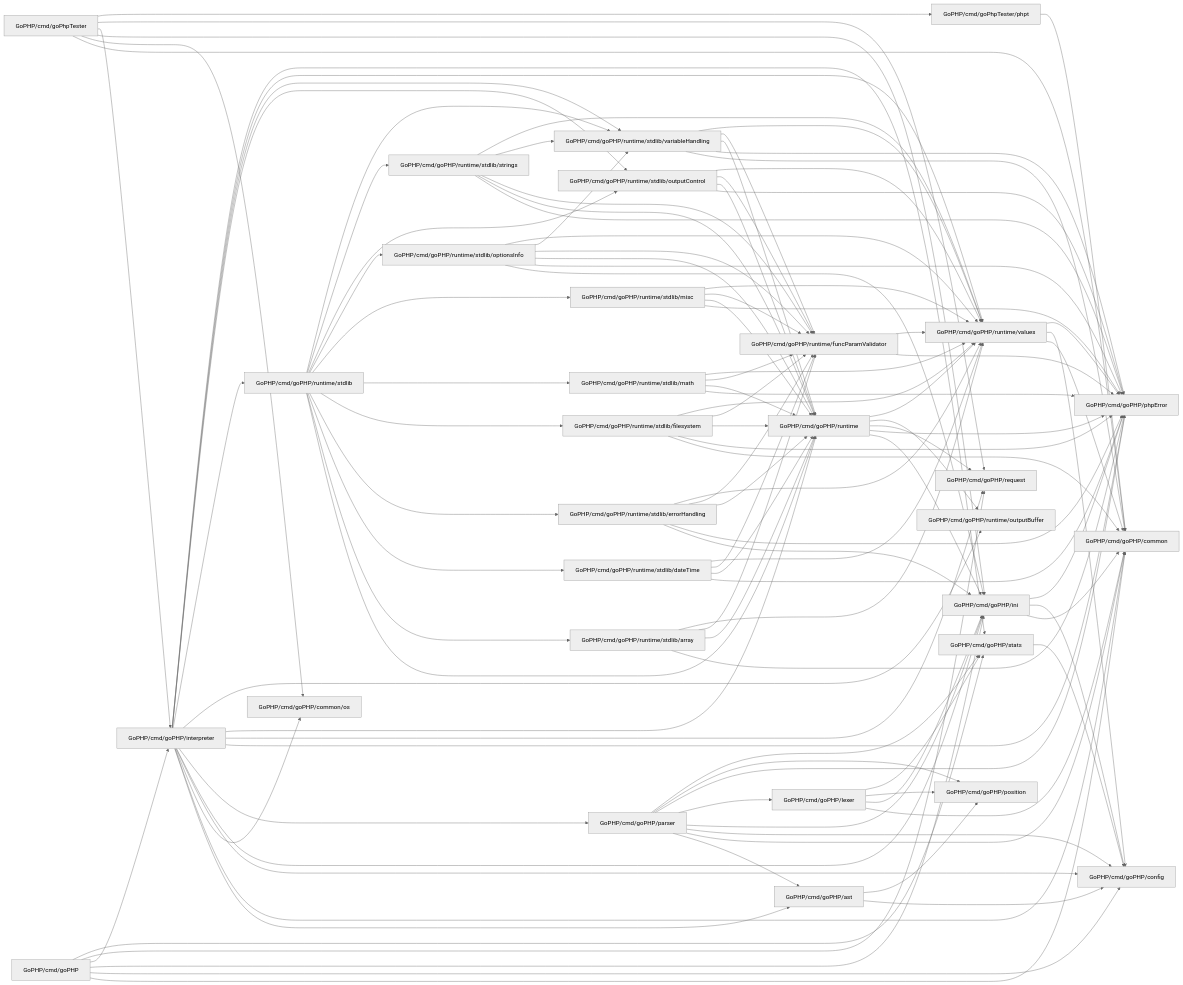
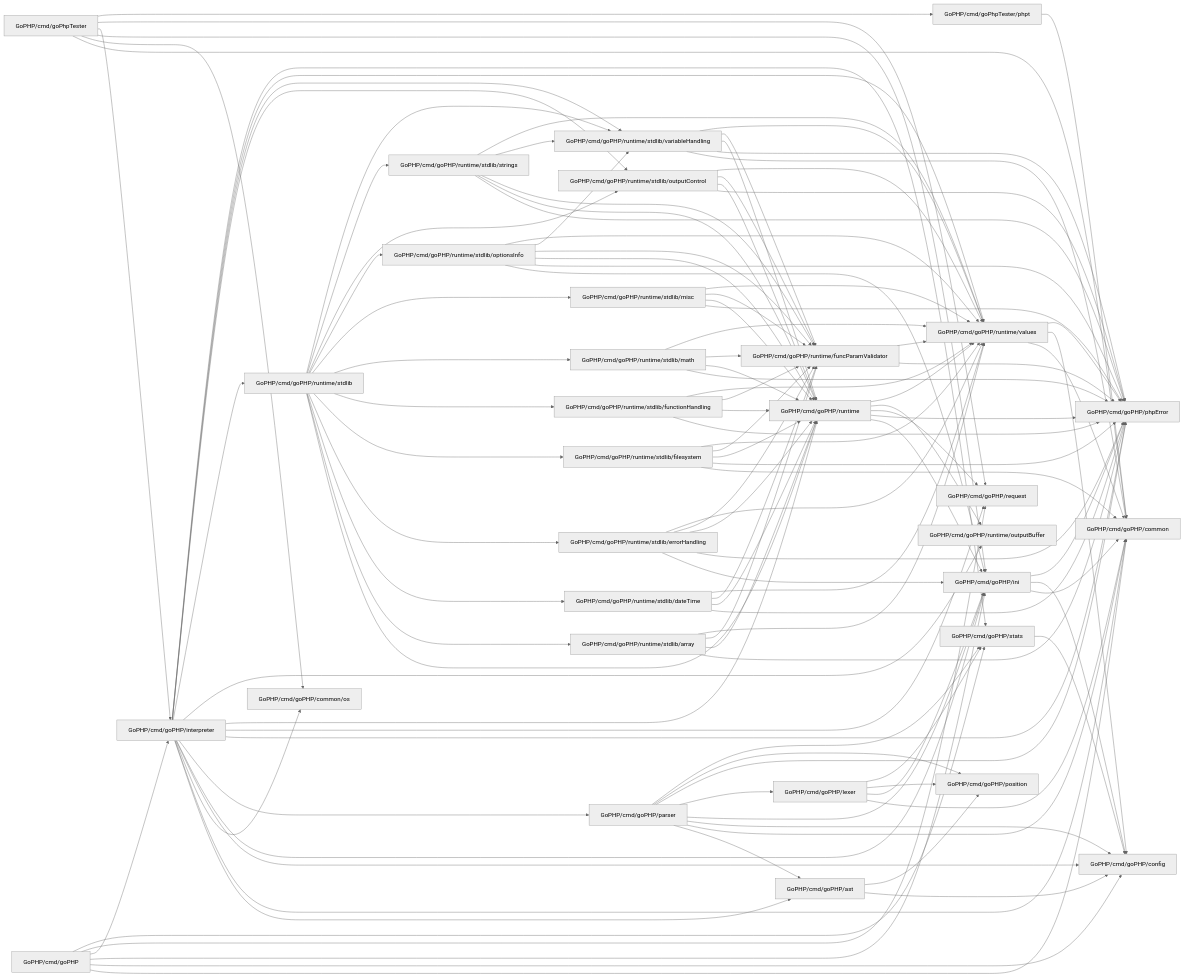
One commit to MasterZydra/QIQ changed the diagram in doc/Packages.md. Above: the diagram before and after it, drawn with Mermaid (neutral theme). The commit also changed 11 other files, not shown here.

```diff
--- a/doc/Packages.md
+++ b/doc/Packages.md
@@ -60,6 +60,7 @@
     GoPHP_cmd_goPHP_runtime_stdlib[GoPHP/cmd/goPHP/runtime/stdlib] --> GoPHP_cmd_goPHP_runtime_stdlib_dateTime[GoPHP/cmd/goPHP/runtime/stdlib/dateTime]
     GoPHP_cmd_goPHP_runtime_stdlib[GoPHP/cmd/goPHP/runtime/stdlib] --> GoPHP_cmd_goPHP_runtime_stdlib_errorHandling[GoPHP/cmd/goPHP/runtime/stdlib/errorHandling]
     GoPHP_cmd_goPHP_runtime_stdlib[GoPHP/cmd/goPHP/runtime/stdlib] --> GoPHP_cmd_goPHP_runtime_stdlib_filesystem[GoPHP/cmd/goPHP/runtime/stdlib/filesystem]
+    GoPHP_cmd_goPHP_runtime_stdlib[GoPHP/cmd/goPHP/runtime/stdlib] --> GoPHP_cmd_goPHP_runtime_stdlib_functionHandling[GoPHP/cmd/goPHP/runtime/stdlib/functionHandling]
     GoPHP_cmd_goPHP_runtime_stdlib[GoPHP/cmd/goPHP/runtime/stdlib] --> GoPHP_cmd_goPHP_runtime_stdlib_math[GoPHP/cmd/goPHP/runtime/stdlib/math]
     GoPHP_cmd_goPHP_runtime_stdlib[GoPHP/cmd/goPHP/runtime/stdlib] --> GoPHP_cmd_goPHP_runtime_stdlib_misc[GoPHP/cmd/goPHP/runtime/stdlib/misc]
     GoPHP_cmd_goPHP_runtime_stdlib[GoPHP/cmd/goPHP/runtime/stdlib] --> GoPHP_cmd_goPHP_runtime_stdlib_optionsInfo[GoPHP/cmd/goPHP/runtime/stdlib/optionsInfo]
@@ -88,6 +89,11 @@
     GoPHP_cmd_goPHP_runtime_stdlib_filesystem[GoPHP/cmd/goPHP/runtime/stdlib/filesystem] --> GoPHP_cmd_goPHP_runtime[GoPHP/cmd/goPHP/runtime]
     GoPHP_cmd_goPHP_runtime_stdlib_filesystem[GoPHP/cmd/goPHP/runtime/stdlib/filesystem] --> GoPHP_cmd_goPHP_runtime_funcParamValidator[GoPHP/cmd/goPHP/runtime/funcParamValidator]
     GoPHP_cmd_goPHP_runtime_stdlib_filesystem[GoPHP/cmd/goPHP/runtime/stdlib/filesystem] --> GoPHP_cmd_goPHP_runtime_values[GoPHP/cmd/goPHP/runtime/values]
+
+    GoPHP_cmd_goPHP_runtime_stdlib_functionHandling[GoPHP/cmd/goPHP/runtime/stdlib/functionHandling] --> GoPHP_cmd_goPHP_phpError[GoPHP/cmd/goPHP/phpError]
+    GoPHP_cmd_goPHP_runtime_stdlib_functionHandling[GoPHP/cmd/goPHP/runtime/stdlib/functionHandling] --> GoPHP_cmd_goPHP_runtime[GoPHP/cmd/goPHP/runtime]
+    GoPHP_cmd_goPHP_runtime_stdlib_functionHandling[GoPHP/cmd/goPHP/runtime/stdlib/functionHandling] --> GoPHP_cmd_goPHP_runtime_funcParamValidator[GoPHP/cmd/goPHP/runtime/funcParamValidator]
+    GoPHP_cmd_goPHP_runtime_stdlib_functionHandling[GoPHP/cmd/goPHP/runtime/stdlib/functionHandling] --> GoPHP_cmd_goPHP_runtime_values[GoPHP/cmd/goPHP/runtime/values]
 
     GoPHP_cmd_goPHP_runtime_stdlib_math[GoPHP/cmd/goPHP/runtime/stdlib/math] --> GoPHP_cmd_goPHP_phpError[GoPHP/cmd/goPHP/phpError]
     GoPHP_cmd_goPHP_runtime_stdlib_math[GoPHP/cmd/goPHP/runtime/stdlib/math] --> GoPHP_cmd_goPHP_runtime[GoPHP/cmd/goPHP/runtime]
```
